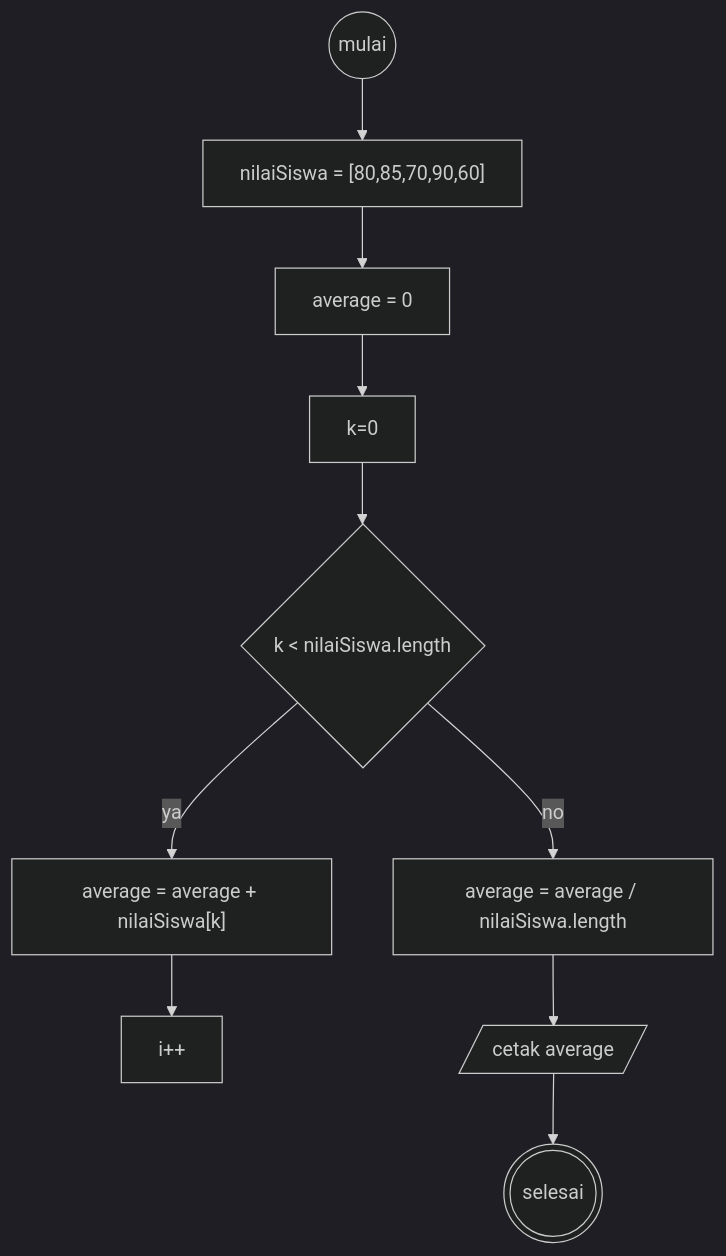
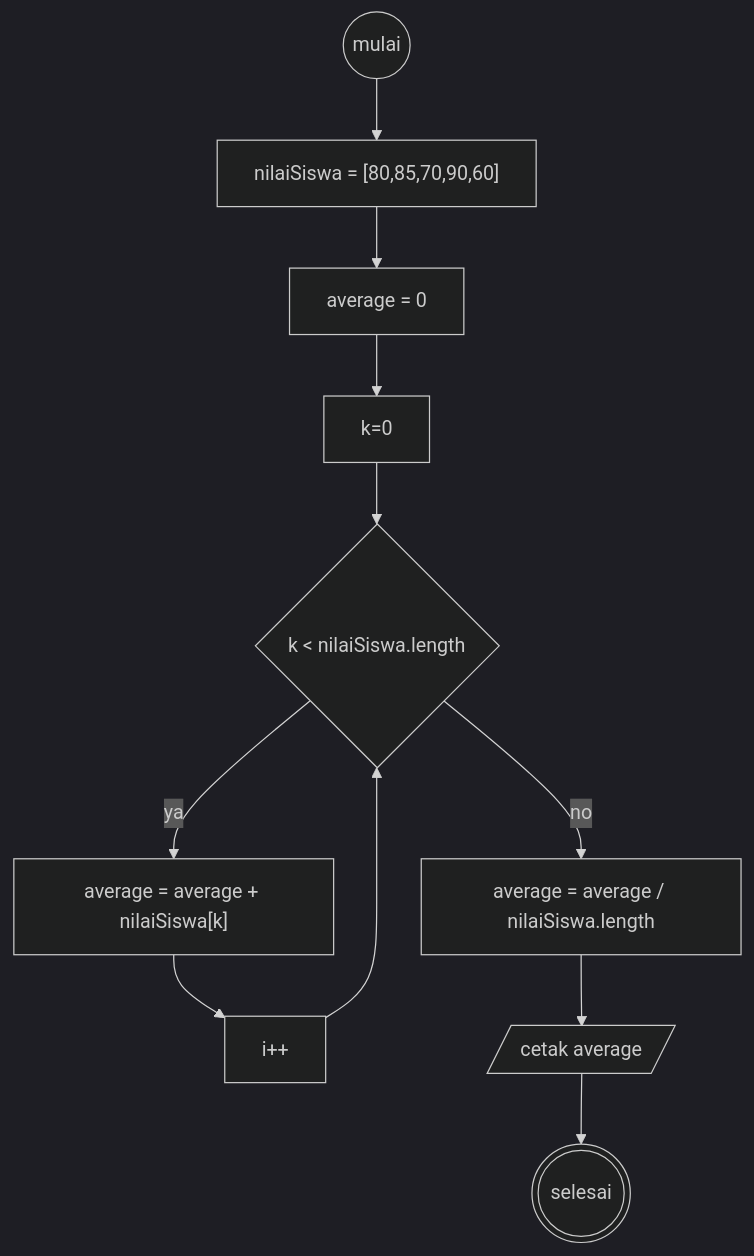
Before and after one commit to asasonda/koda-b1-javascript2: the third of 3 diagrams in koda-b1-minitask1.md, drawn with Mermaid (dark theme).

````diff
--- a/koda-b1-minitask1.md
+++ b/koda-b1-minitask1.md
@@ -35,12 +35,13 @@
 ```mermaid
 flowchart TD
     start((mulai)) --> NilaiArray["nilaiSiswa = [80,85,70,90,60]"]
     NilaiArray --> deklarasi[average = 0]
     deklarasi --> i[k=0] 
     i --> cek{k < nilaiSiswa.length}
     cek -- ya --> simpan["average = average + nilaiSiswa[k]"]
     cek -- no --> kalkulasi[average = average / nilaiSiswa.length]
     simpan --> increment[i++]
+    increment --> cek
     kalkulasi --> cetak[/cetak average/]
     cetak --> selesai(((selesai)))
 ```
````
